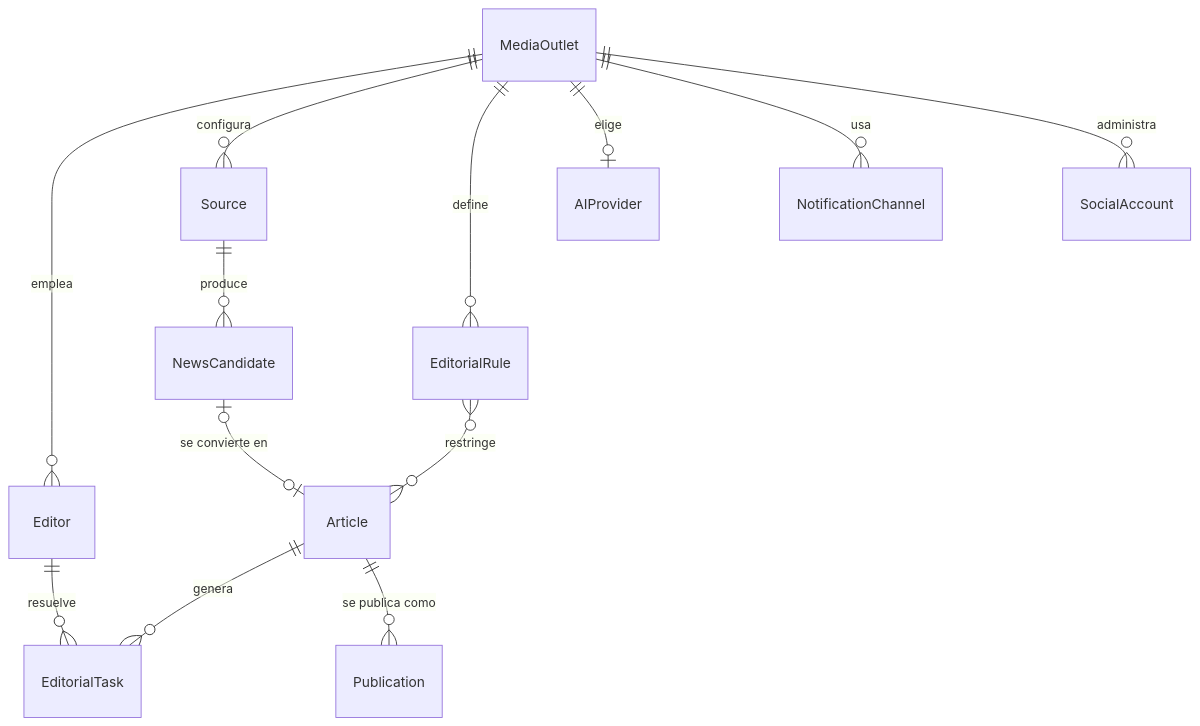
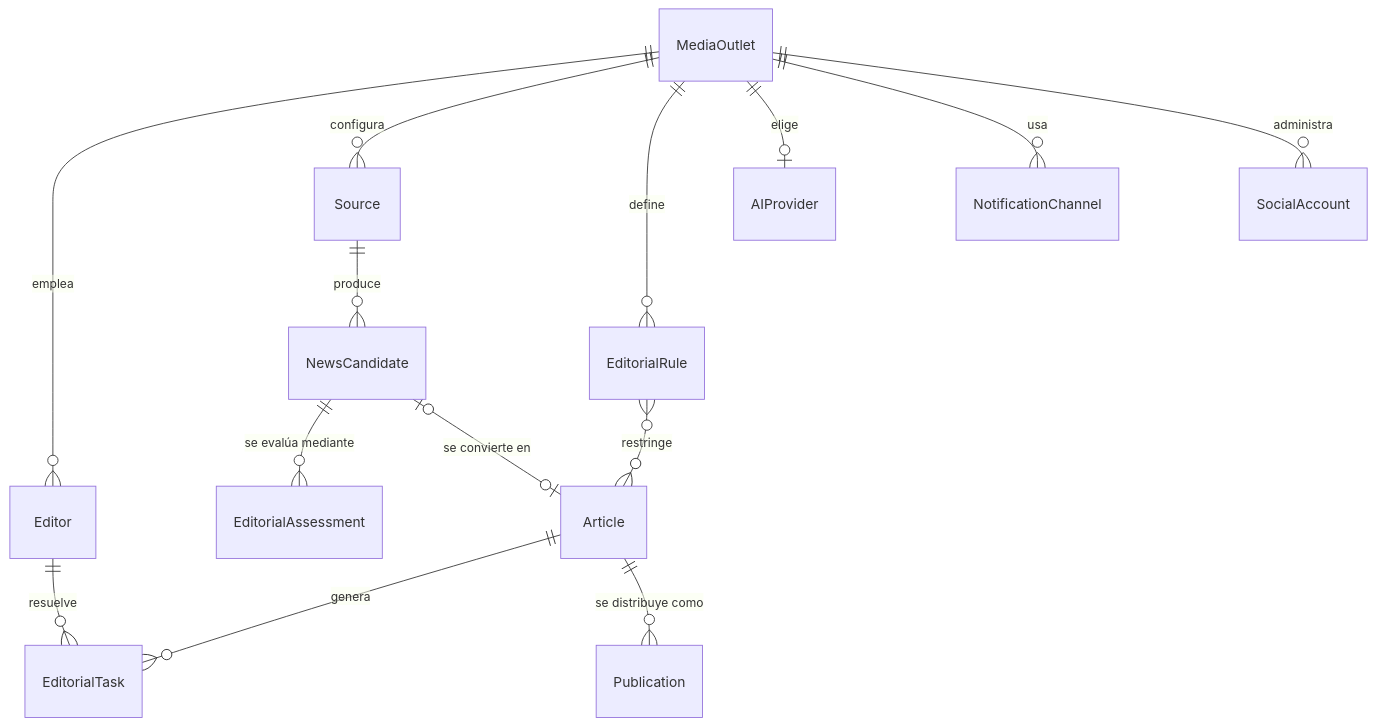
Before and after one commit to Juliopernett/portal-newsroom-ai: the diagram in docs/product/DOMAIN_MODEL.md, drawn with Mermaid. The commit also changed other lines of this file, not shown here.

First line of the commit message:
docs(product): refine DOMAIN_MODEL.md with EditorialAssessment and Publication (Sprint 2.3.1)

````diff
--- a/docs/product/DOMAIN_MODEL.md
+++ b/docs/product/DOMAIN_MODEL.md
@@ -104,16 +158,17 @@
 ```mermaid
 erDiagram
     MediaOutlet ||--o{ Editor : emplea
     MediaOutlet ||--o{ Source : configura
     MediaOutlet ||--o{ EditorialRule : define
     MediaOutlet ||--o| AIProvider : elige
     MediaOutlet ||--o{ NotificationChannel : usa
     MediaOutlet ||--o{ SocialAccount : administra
 
     Source ||--o{ NewsCandidate : produce
+    NewsCandidate ||--o{ EditorialAssessment : "se evalúa mediante"
     NewsCandidate |o--o| Article : "se convierte en"
     Article ||--o{ EditorialTask : genera
     Editor ||--o{ EditorialTask : resuelve
-    Article ||--o{ Publication : "se publica como"
+    Article ||--o{ Publication : "se distribuye como"
     EditorialRule }o--o{ Article : restringe
 ```
````
